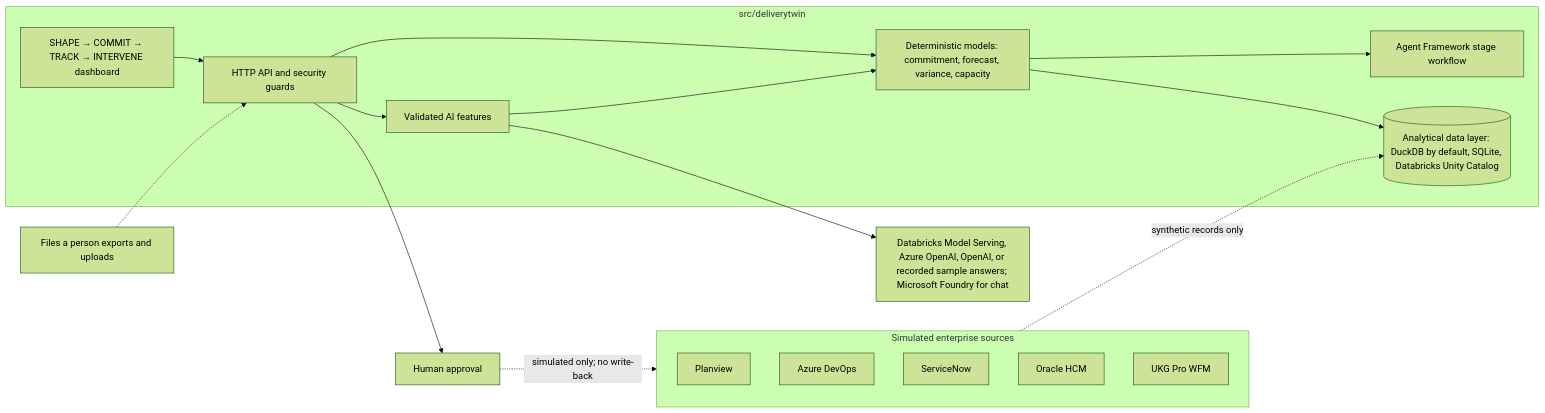
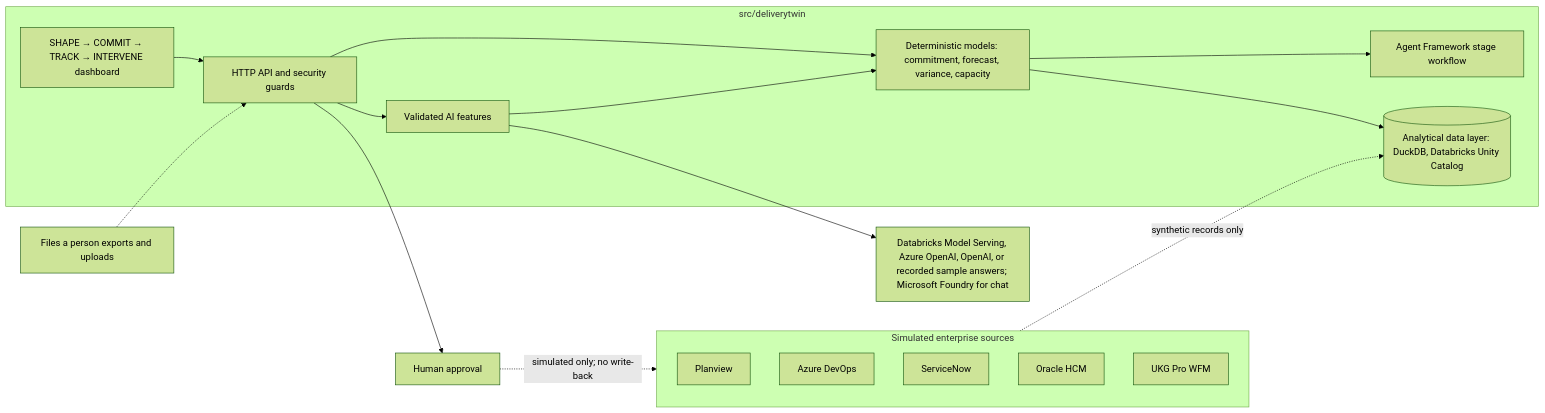
One commit to mskpairprogrammer/deliverytwin changed the first of 2 diagrams in README.md. Above: the diagram before and after it, drawn with Mermaid (forest theme). The commit also changed other lines of this file and 11 other files, not shown here.

First line of the commit message:
Remove SQLite; DuckDB is the only local engine (Databricks remains the cloud target)

````diff
--- a/README.md
+++ b/README.md
@@ -224,28 +224,28 @@
 ```mermaid
 flowchart LR
     subgraph Sources["Simulated enterprise sources"]
         PV[Planview]
         ADO[Azure DevOps]
         SN[ServiceNow]
         HCM[Oracle HCM]
         UKG[UKG Pro WFM]
     end
     subgraph App["src/deliverytwin"]
         UI[SHAPE → COMMIT → TRACK → INTERVENE dashboard]
         API[HTTP API and security guards]
         RULES[Deterministic models: commitment, forecast, variance, capacity]
         AI[Validated AI features]
         WF[Agent Framework stage workflow]
-        DATA[(Analytical data layer: DuckDB by default, SQLite, Databricks Unity Catalog)]
+        DATA[(Analytical data layer: DuckDB, Databricks Unity Catalog)]
         UI --> API --> RULES
         API --> AI
         RULES --> WF
         RULES --> DATA
         AI --> RULES
     end
     Sources -. synthetic records only .-> DATA
     AI --> MODEL[Databricks Model Serving, Azure OpenAI, OpenAI, or recorded sample answers; Microsoft Foundry for chat]
     UPLOAD[Files a person exports and uploads] -.-> API
     API --> HUMAN[Human approval]
     HUMAN -. simulated only; no write-back .-> Sources
 ```
````
